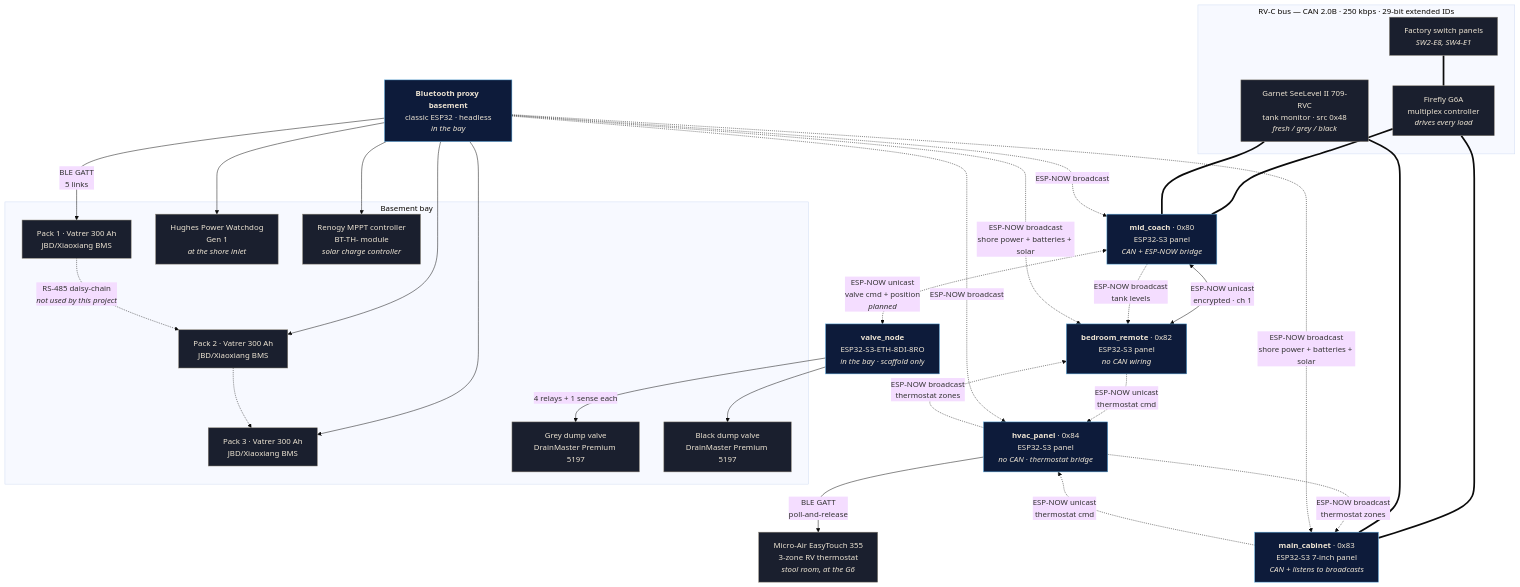
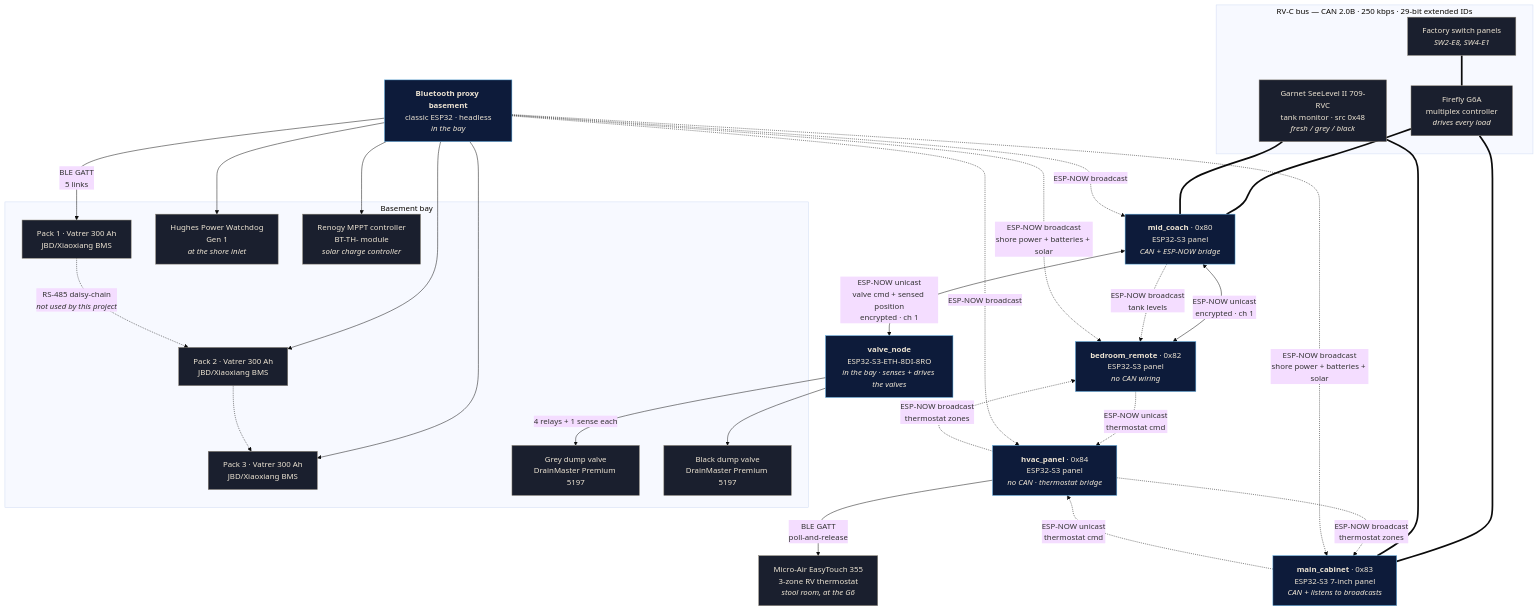
The diagram in docs/SYSTEM.md (gauthig/firefly-touch), drawn with Mermaid (base theme) before and after one commit. The commit also changed other lines of this file and 5 other files, not shown here.

First line of the commit message:
mid_coach v1.01: dump-valve controls driven by the valve node's sensors (refs #64)

````diff
--- a/docs/SYSTEM.md
+++ b/docs/SYSTEM.md
@@ -18,65 +18,65 @@
 ```mermaid
 graph TB
     subgraph rvc["RV-C bus — CAN 2.0B · 250 kbps · 29-bit extended IDs"]
         G6A["Firefly G6A<br/>multiplex controller<br/><i>drives every load</i>"]
         SEE["Garnet SeeLevel II 709-RVC<br/>tank monitor · src 0x48<br/><i>fresh / grey / black</i>"]
         FSW["Factory switch panels<br/><i>SW2-E8, SW4-E1</i>"]
     end
 
     MID["<b>mid_coach</b> · 0x80<br/>ESP32-S3 panel<br/><i>CAN + ESP-NOW bridge</i>"]
     BED["<b>bedroom_remote</b> · 0x82<br/>ESP32-S3 panel<br/><i>no CAN wiring</i>"]
     MAIN["<b>main_cabinet</b> · 0x83<br/>ESP32-S3 7-inch panel<br/><i>CAN + listens to broadcasts</i>"]
     HVAC["<b>hvac_panel</b> · 0x84<br/>ESP32-S3 panel<br/><i>no CAN · thermostat bridge</i>"]
     PROXY["<b>Bluetooth proxy basement</b><br/>classic ESP32 · headless<br/><i>in the bay</i>"]
-    VALVE["<b>valve_node</b><br/>ESP32-S3-ETH-8DI-8RO<br/><i>in the bay · scaffold only</i>"]
+    VALVE["<b>valve_node</b><br/>ESP32-S3-ETH-8DI-8RO<br/><i>in the bay · senses + drives the valves</i>"]
 
     ET["Micro-Air EasyTouch 355<br/>3-zone RV thermostat<br/><i>stool room, at the G6</i>"]
 
     subgraph bay["Basement bay"]
         BAT1["Pack 1 · Vatrer 300 Ah<br/>JBD/Xiaoxiang BMS"]
         BAT2["Pack 2 · Vatrer 300 Ah<br/>JBD/Xiaoxiang BMS"]
         BAT3["Pack 3 · Vatrer 300 Ah<br/>JBD/Xiaoxiang BMS"]
         WD["Hughes Power Watchdog<br/>Gen 1<br/><i>at the shore inlet</i>"]
         SOL["Renogy MPPT controller<br/>BT-TH- module<br/><i>solar charge controller</i>"]
         VGY["Grey dump valve<br/>DrainMaster Premium 5197"]
         VBK["Black dump valve<br/>DrainMaster Premium 5197"]
     end
 
     G6A === MID
     G6A === MAIN
     SEE === MID
     SEE === MAIN
     FSW === G6A
 
     MID <-->|"ESP-NOW unicast<br/>encrypted · ch 1"| BED
-    MID <-.->|"ESP-NOW unicast<br/>valve cmd + position<br/><i>planned</i>"| VALVE
+    MID <-->|"ESP-NOW unicast<br/>valve cmd + sensed position<br/>encrypted · ch 1"| VALVE
 
     HVAC -->|"BLE GATT<br/>poll-and-release"| ET
     HVAC -.->|"ESP-NOW broadcast<br/>thermostat zones"| BED
     HVAC -.->|"ESP-NOW broadcast<br/>thermostat zones"| MAIN
     BED -.->|"ESP-NOW unicast<br/>thermostat cmd"| HVAC
     MAIN -.->|"ESP-NOW unicast<br/>thermostat cmd"| HVAC
     PROXY -.->|"ESP-NOW broadcast"| HVAC
 
     MID -.->|"ESP-NOW broadcast<br/>tank levels"| BED
     PROXY -.->|"ESP-NOW broadcast<br/>shore power + batteries + solar"| BED
     PROXY -.->|"ESP-NOW broadcast"| MID
     PROXY -.->|"ESP-NOW broadcast<br/>shore power + batteries + solar"| MAIN
 
     PROXY -->|"BLE GATT<br/>5 links"| BAT1
     PROXY --> BAT2
     PROXY --> BAT3
     PROXY --> WD
     PROXY --> SOL
 
     VALVE -->|"4 relays + 1 sense each"| VGY
     VALVE --> VBK
 
     BAT1 -.->|"RS-485 daisy-chain<br/><i>not used by this project</i>"| BAT2
     BAT2 -.-> BAT3
 
     classDef panel fill:#0D1B3A,stroke:#5DADE2,color:#EDE4D3
     classDef coach fill:#1A1F2E,stroke:#8A8375,color:#EDE4D3
     class MID,BED,MAIN,HVAC,PROXY,VALVE panel
     class G6A,SEE,FSW,BAT1,BAT2,BAT3,WD,SOL,VGY,VBK,ET coach
 ```
````
